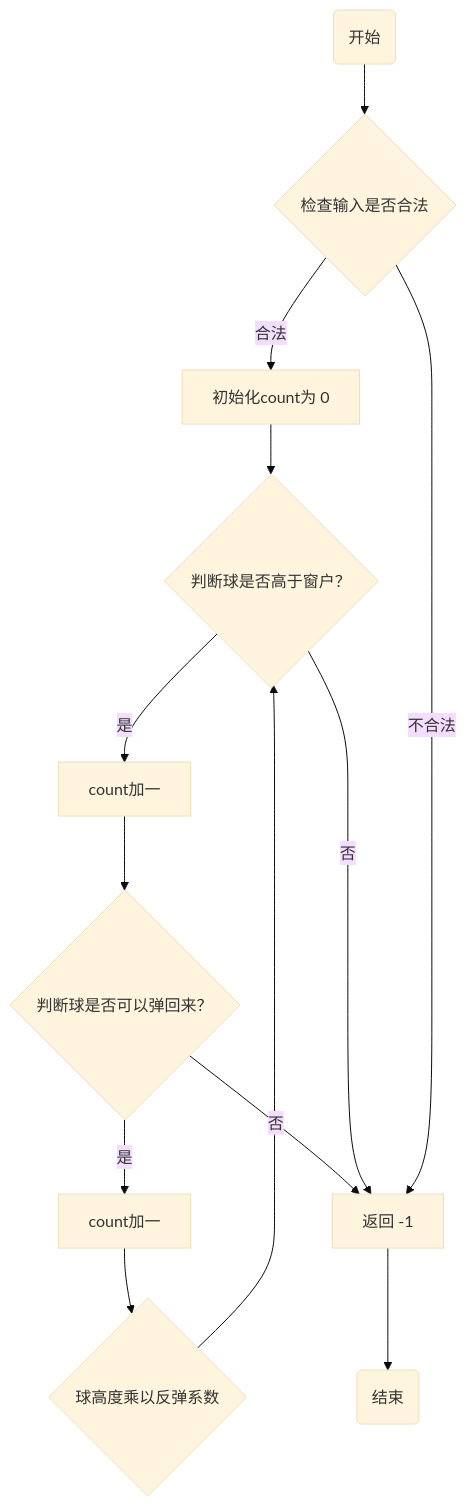
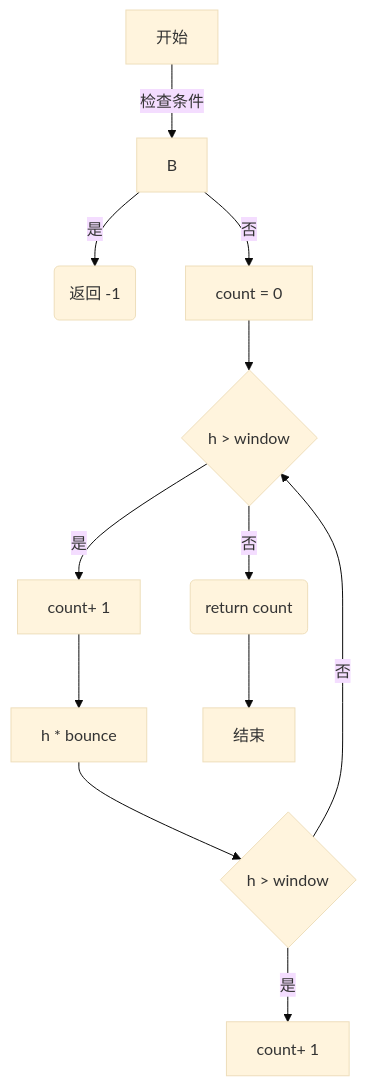
The third of 5 diagrams in 实验/实验二/21计科3-B20210302307-梁宇晨-实验2.md (zzldy4/python-homework), drawn with Mermaid (base theme) before and after one commit. The commit also changed 2 other files, not shown here.

Commit message:
作业

````diff
--- a/实验/实验二/21计科3-B20210302307-梁宇晨-实验2.md
+++ b/实验/实验二/21计科3-B20210302307-梁宇晨-实验2.md
@@ -210,15 +210,15 @@
 ```mermaid
 graph TD
-A(开始) --> B{检查输入是否合法}
-B -- 合法 --> C[初始化count为 0]
-C --> D{判断球是否高于窗户？}
-D -- 是 --> E[count加一]
-E --> F{判断球是否可以弹回来？}
-F -- 是 --> G[count加一]
-G --> H{球高度乘以反弹系数}
-H --> D
-F -- 否 --> I[返回count的值]
-D -- 否 --> I
-B -- 不合法 --> I[返回 -1]
-I --> J(结束)
+    A[开始]
+    A --> |检查条件| B
+    B --> |是| C(返回 -1)
+    B --> |否| D[count = 0]
+    D --> E{h > window}
+    E --> |是| F[count+ 1]
+    F --> G[h * bounce]
+    G --> H{h > window}
+    H --> |是| I[count+ 1]
+    H --> |否| E
+    E --> |否| J(return count)
+    J --> K[结束]
 ```
````
